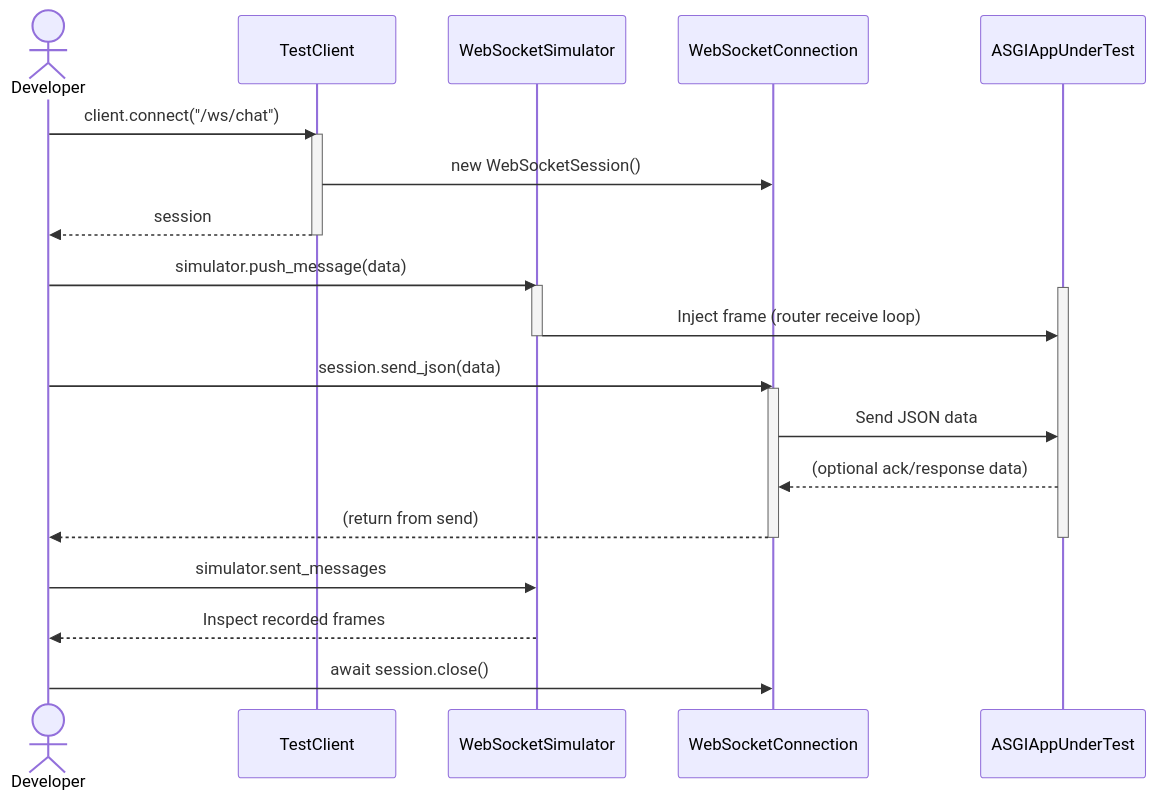
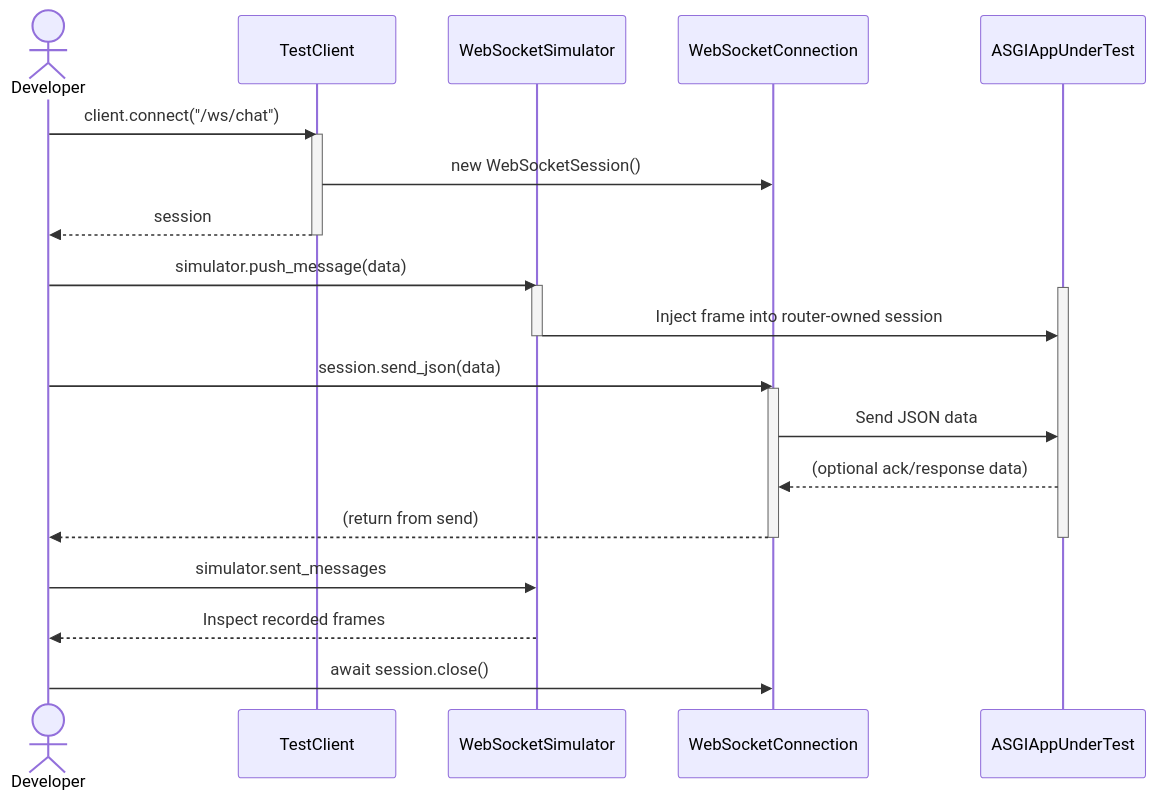
One commit to leynos/falcon-pachinko changed diagram 15 of 15 in docs/falcon-websocket-extension-design.md. Above: the diagram before and after it, drawn with Mermaid. The commit also changed other lines of this file and 31 other files, not shown here.

First line of the commit message:
Implement a router-owned WebSocket receive and dispatch loop (#176) (#235)

````diff
--- a/docs/falcon-websocket-extension-design.md
+++ b/docs/falcon-websocket-extension-design.md
@@ -1861,34 +1942,34 @@
 ```mermaid
 sequenceDiagram
     actor Developer
     participant TC as TestClient
     participant WSSim as WebSocketSimulator
     participant WSConn as WebSocketConnection
     participant App as ASGIAppUnderTest
 
     Developer->>TC: client.connect("/ws/chat")
     activate TC
     TC->>WSConn: new WebSocketSession()
     TC-->>Developer: session
     deactivate TC
 
     Developer->>WSSim: simulator.push_message(data)
     activate WSSim
     activate App
-    WSSim->>App: Inject frame (router receive loop)
+    WSSim->>App: Inject frame into router-owned session
     deactivate WSSim
 
     Developer->>WSConn: session.send_json(data)
     activate WSConn
     WSConn->>App: Send JSON data
     App-->>WSConn: (optional ack/response data)
     WSConn-->>Developer: (return from send)
     deactivate WSConn
 
     deactivate App
 
     Developer->>WSSim: simulator.sent_messages
     WSSim-->>Developer: Inspect recorded frames
 
     Developer->>WSConn: await session.close()
 ```
````
